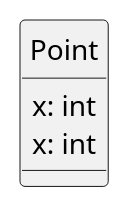
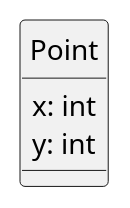
One commit to ifpb/javascript-guide changed the diagram in ecma/object/assets/object-point.pu. Above: the diagram before and after it, drawn with PlantUML. The commit also changed 17 other files, not shown here.

```diff
--- a/ecma/object/assets/object-point.pu
+++ b/ecma/object/assets/object-point.pu
@@ -1,11 +1,11 @@
 @startuml
 scale max 200 width
 skinparam classAttributeIconSize 0
 skinparam monochrome true
 hide circle
 
 class Point {
   x: int
-  x: int
+  y: int
 }
 @enduml
```
